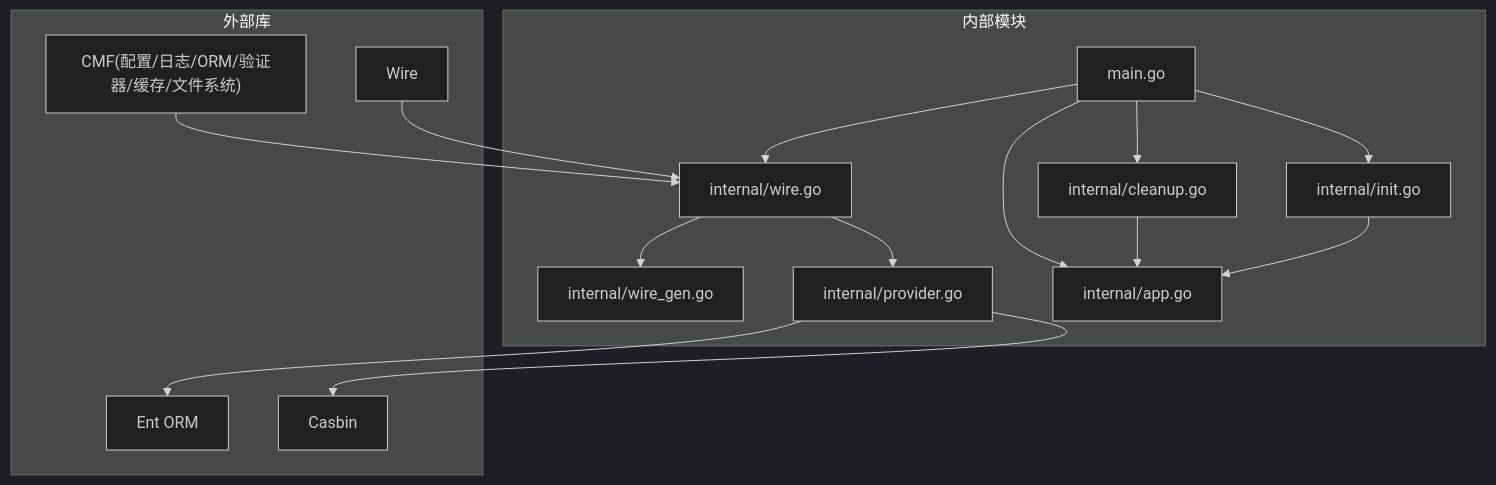
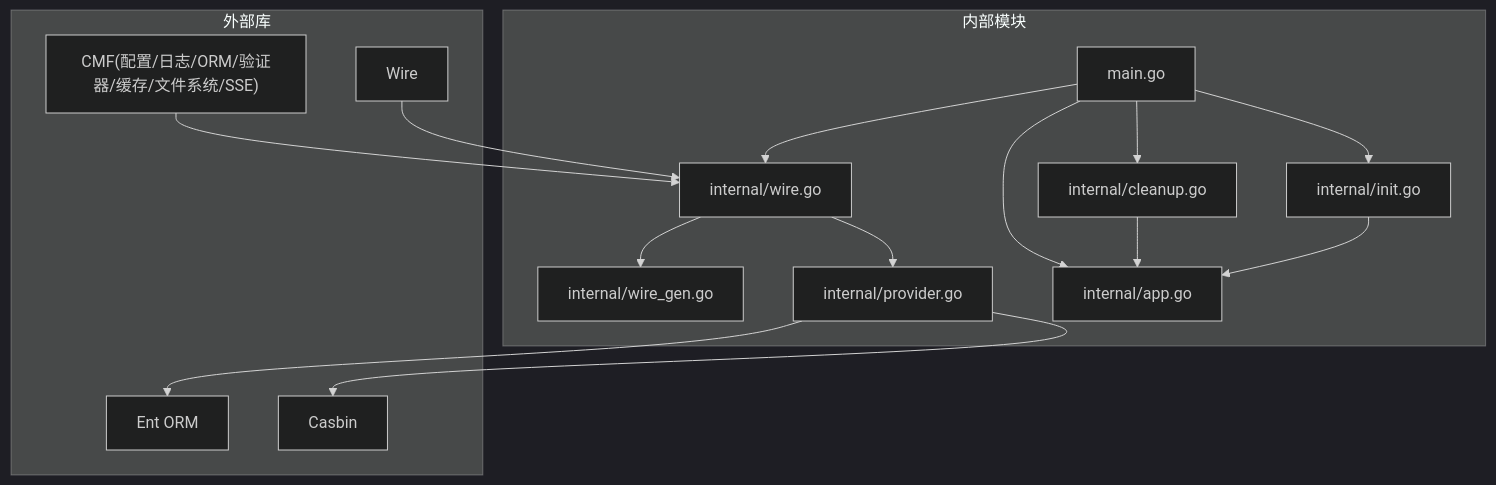
The sixth of 6 diagrams in .qoder/repowiki/zh/content/架构设计/依赖注入架构.md (wuwuseo/e-sports-go-admin), drawn with Mermaid (dark theme) before and after one commit. The commit also changed other lines of this file and 42 other files, not shown here.

````diff
--- a/.qoder/repowiki/zh/content/架构设计/依赖注入架构.md
+++ b/.qoder/repowiki/zh/content/架构设计/依赖注入架构.md
@@ -245,30 +253,30 @@
 ```mermaid
 graph TB
 subgraph "外部库"
 W["Wire"]
-CMF["CMF(配置/日志/ORM/验证器/缓存/文件系统)"]
+CMF["CMF(配置/日志/ORM/验证器/缓存/文件系统/SSE)"]
 ENT["Ent ORM"]
 CASBIN["Casbin"]
 end
 subgraph "内部模块"
 MAIN["main.go"]
 WIRE["internal/wire.go"]
 GEN["internal/wire_gen.go"]
 PROVIDER["internal/provider.go"]
 INIT["internal/init.go"]
 CLEAN["internal/cleanup.go"]
 APP["internal/app.go"]
 end
 MAIN --> WIRE
 WIRE --> PROVIDER
 WIRE --> GEN
 PROVIDER --> ENT
 PROVIDER --> CASBIN
 MAIN --> INIT
 MAIN --> CLEAN
 INIT --> APP
 CLEAN --> APP
 MAIN --> APP
 W --> WIRE
 CMF --> WIRE
 ```
````
